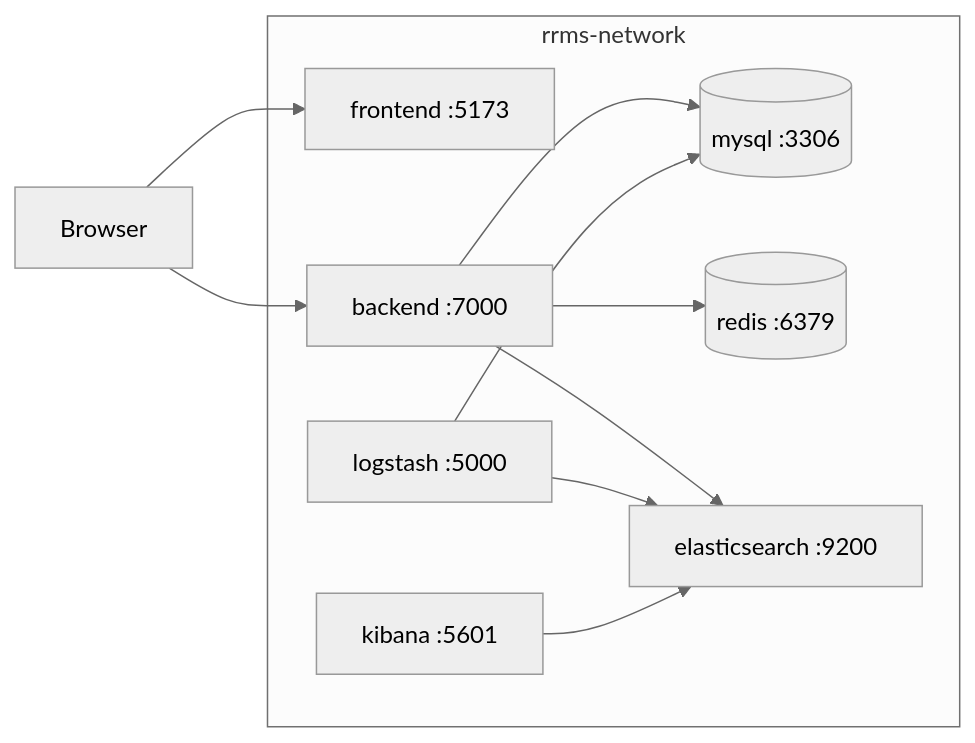
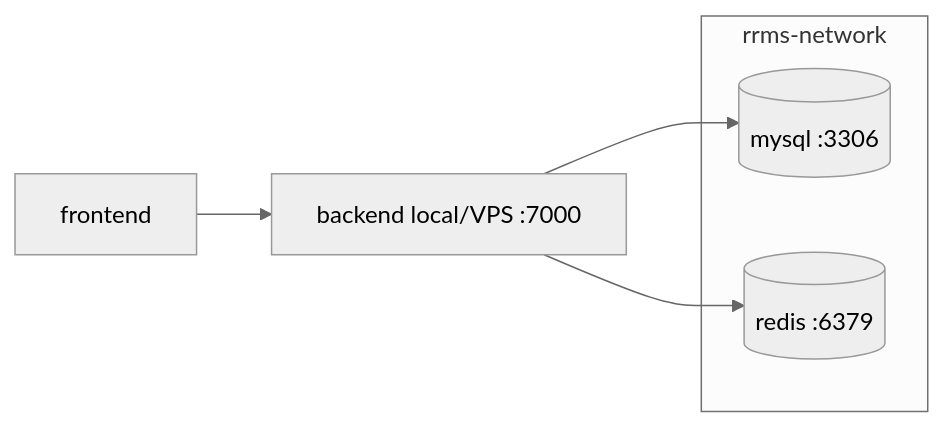
The diagram in docs/DOCKER_COMPOSE.md (KienQuocVn/RRMS), drawn with Mermaid (neutral theme) before and after one commit. The commit also changed other lines of this file and 34 other files, not shown here.

````diff
--- a/docs/DOCKER_COMPOSE.md
+++ b/docs/DOCKER_COMPOSE.md
@@ -16,21 +18,11 @@
 ```mermaid
 flowchart LR
     subgraph docker_network [rrms-network]
-        FE[frontend :5173]
-        BE[backend :7000]
         DB[(mysql :3306)]
         RD[(redis :6379)]
-        ES[elasticsearch :9200]
-        KB[kibana :5601]
-        LS[logstash :5000]
     end
 
-    Browser --> FE
-    Browser --> BE
-    BE --> DB
+    BE[backend local/VPS :7000] --> DB
     BE --> RD
-    BE --> ES
-    LS --> DB
-    LS --> ES
-    KB --> ES
+    FE[frontend] --> BE
 ```
````
